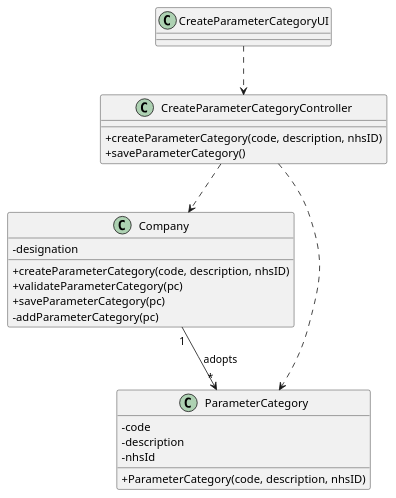
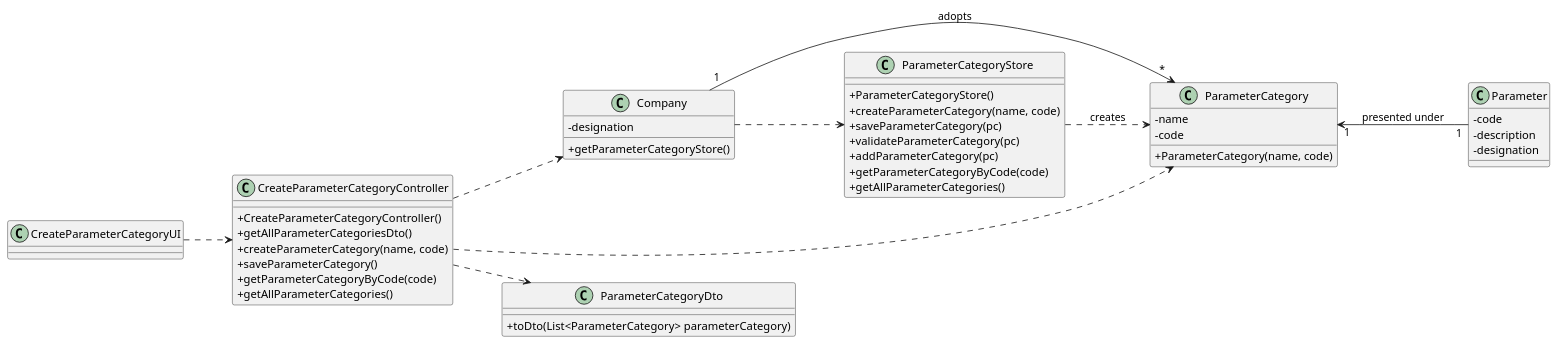
The diagram in docs/SprintB/US11/US11-CD.puml (0franciscor/lei-21-s2-1de-g19), drawn with PlantUML before and after one commit. The commit also changed 10 other files, not shown here.

Commit message:
Alteração mínima do diagrama da US9 e correção do Markdown da US11. Geração do .jar

```diff
--- a/docs/SprintB/US11/US11-CD.puml
+++ b/docs/SprintB/US11/US11-CD.puml
@@ -1,33 +1,58 @@
 @startuml
-
 skinparam classAttributeIconSize 0
+left to right direction
 
 class "Company" as COMP {
 -designation
-+createParameterCategory(code, description, nhsID)
-+validateParameterCategory(pc)
-+saveParameterCategory(pc)
--addParameterCategory(pc)
++getParameterCategoryStore()
 }
 
 class "ParameterCategory" as PC {
+-name
+-code
++ParameterCategory(name, code)
+}
+
+class "Parameter" as P{
 -code
 -description
--nhsId
-+ParameterCategory(code, description, nhsID)
+-designation
+}
+
+class "ParameterCategoryDto" as pcDto{
++toDto(List<ParameterCategory> parameterCategory)
 }
 
 class "CreateParameterCategoryController" as CPCC {
-+createParameterCategory(code, description, nhsID)
++CreateParameterCategoryController()
++getAllParameterCategoriesDto()
++createParameterCategory(name, code)
 +saveParameterCategory()
++getParameterCategoryByCode(code)
++getAllParameterCategories()
+}
+
+class "ParameterCategoryStore" as PCS {
++ParameterCategoryStore()
++createParameterCategory(name, code)
++saveParameterCategory(pc)
++validateParameterCategory(pc)
++addParameterCategory(pc)
++getParameterCategoryByCode(code)
++getAllParameterCategories()
 }
 
 class "CreateParameterCategoryUI" as CPCUI
 class "ParameterCategory" as PC
 class "CreateParameterCategoryController" as CPCC
+
 CPCUI ..> CPCC
+COMP ..> PCS
+PCS ..> PC  :creates
 CPCC ..> PC
 CPCC ..> COMP
+CPCC ..> pcDto
+PC "1" <-- "1" P : presented under
 COMP "1" --> "*" PC : adopts
 
 @enduml
```
